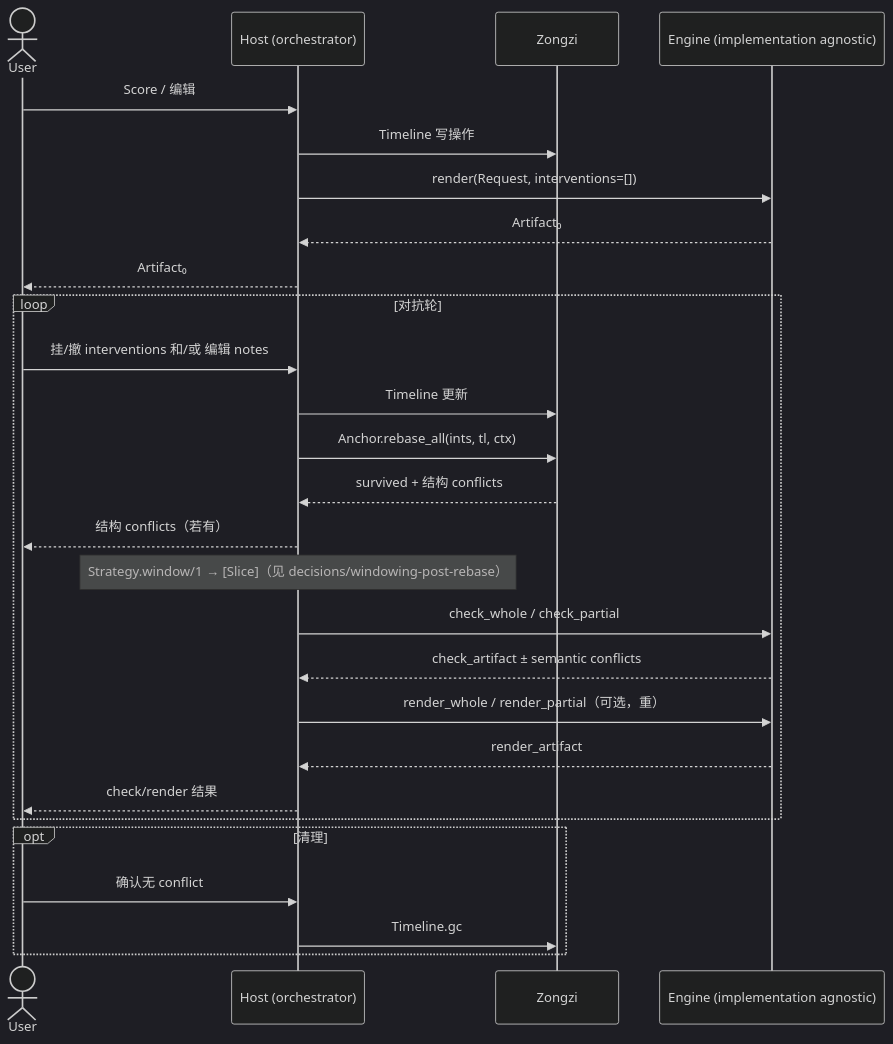
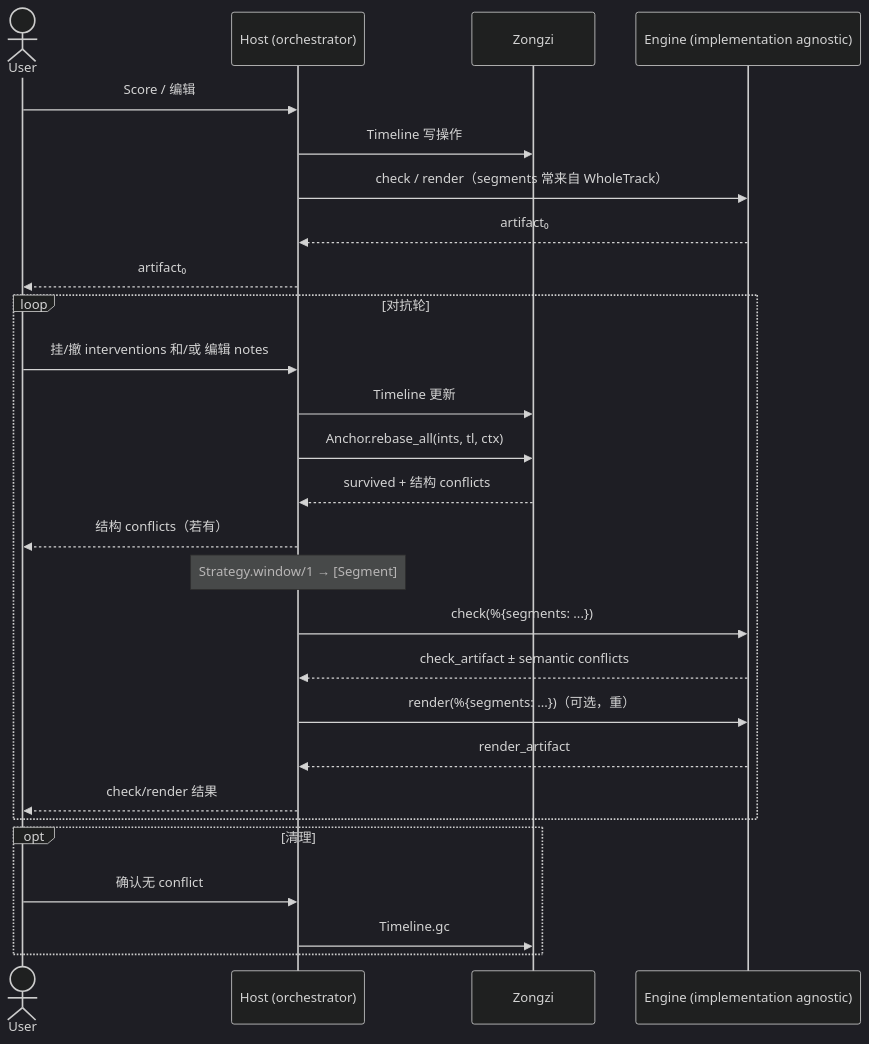
Before and after one commit to SynapticStrings/Zongzi: the diagram in README.md, drawn with Mermaid (dark theme). The commit also changed other lines of this file and 12 other files, not shown here.

First line of the commit message:
refactor: rename Slice to Segment and unify Engine contract

````diff
--- a/README.md
+++ b/README.md
@@ -29,33 +29,33 @@
 ```mermaid
 sequenceDiagram
     actor User
     participant Host as Host (orchestrator)
     participant Zongzi
     participant Engine as Engine (implementation agnostic)
 
     User->>Host: Score / 编辑
     Host->>Zongzi: Timeline 写操作
-    Host->>Engine: render(Request, interventions=[])
-    Engine-->>Host: Artifact₀
-    Host-->>User: Artifact₀
+    Host->>Engine: check / render（segments 常来自 WholeTrack）
+    Engine-->>Host: artifact₀
+    Host-->>User: artifact₀
 
     loop 对抗轮
         User->>Host: 挂/撤 interventions 和/或 编辑 notes
         Host->>Zongzi: Timeline 更新
         Host->>Zongzi: Anchor.rebase_all(ints, tl, ctx)
         Zongzi-->>Host: survived + 结构 conflicts
         Host-->>User: 结构 conflicts（若有）
 
-        Note over Host: Strategy.window/1 → [Slice]（见 decisions/windowing-post-rebase）
-        Host->>Engine: check_whole / check_partial
+        Note over Host: Strategy.window/1 → [Segment]
+        Host->>Engine: check(%{segments: ...})
         Engine-->>Host: check_artifact ± semantic conflicts
-        Host->>Engine: render_whole / render_partial（可选，重）
+        Host->>Engine: render(%{segments: ...})（可选，重）
         Engine-->>Host: render_artifact
         Host-->>User: check/render 结果
     end
 
     opt 清理
         User->>Host: 确认无 conflict
         Host->>Zongzi: Timeline.gc
     end
 ```
````
